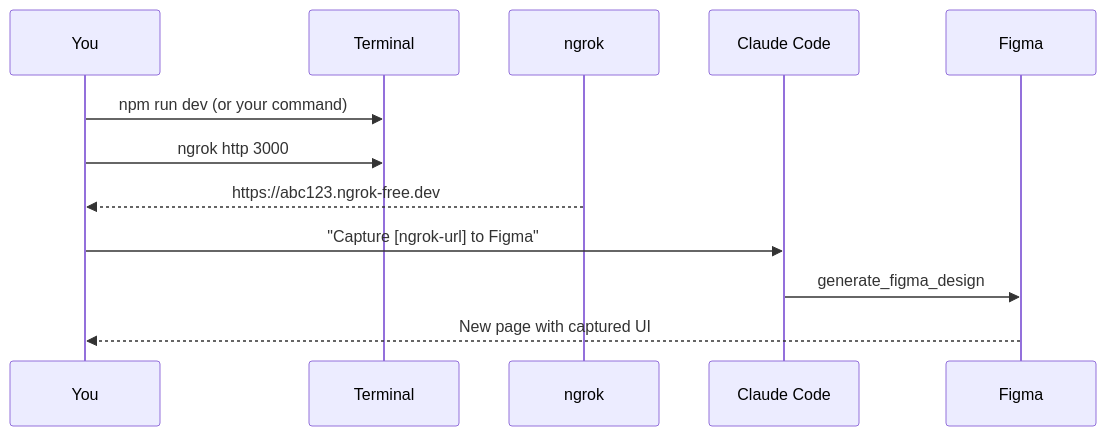
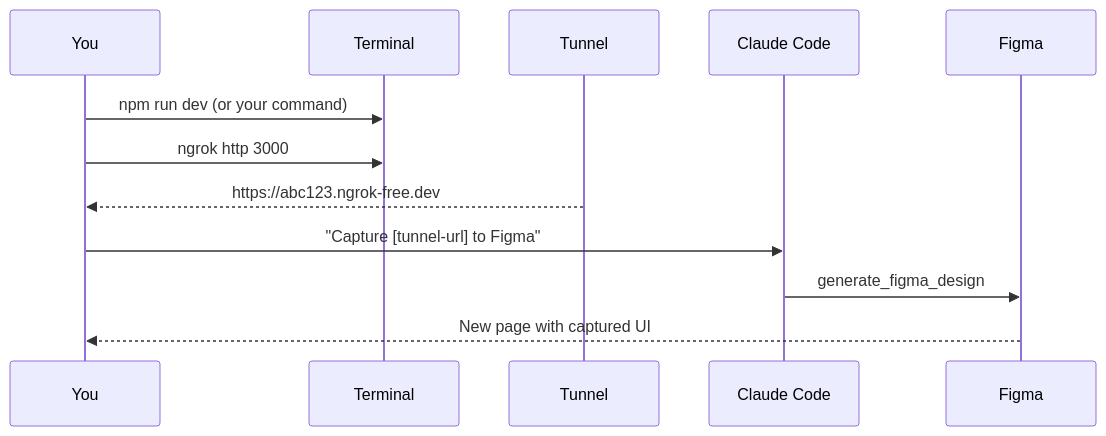
Before and after one commit to florian-koppelow/design-code-workflow: the fourth of 8 diagrams in docs/DESIGN-CODE-WORKFLOW.md, drawn with Mermaid. The commit also changed other lines of this file and 7 other files, not shown here.

````diff
--- a/docs/DESIGN-CODE-WORKFLOW.md
+++ b/docs/DESIGN-CODE-WORKFLOW.md
@@ -326,15 +326,15 @@
 ```mermaid
 sequenceDiagram
     participant You
     participant Terminal
-    participant ngrok
+    participant Tunnel
     participant ClaudeCode as Claude Code
     participant Figma
     
     You->>Terminal: npm run dev (or your command)
     You->>Terminal: ngrok http 3000
-    ngrok-->>You: https://abc123.ngrok-free.dev
-    You->>ClaudeCode: "Capture [ngrok-url] to Figma"
+    Tunnel-->>You: https://abc123.ngrok-free.dev
+    You->>ClaudeCode: "Capture [tunnel-url] to Figma"
     ClaudeCode->>Figma: generate_figma_design
     Figma-->>You: New page with captured UI
 ```
````
